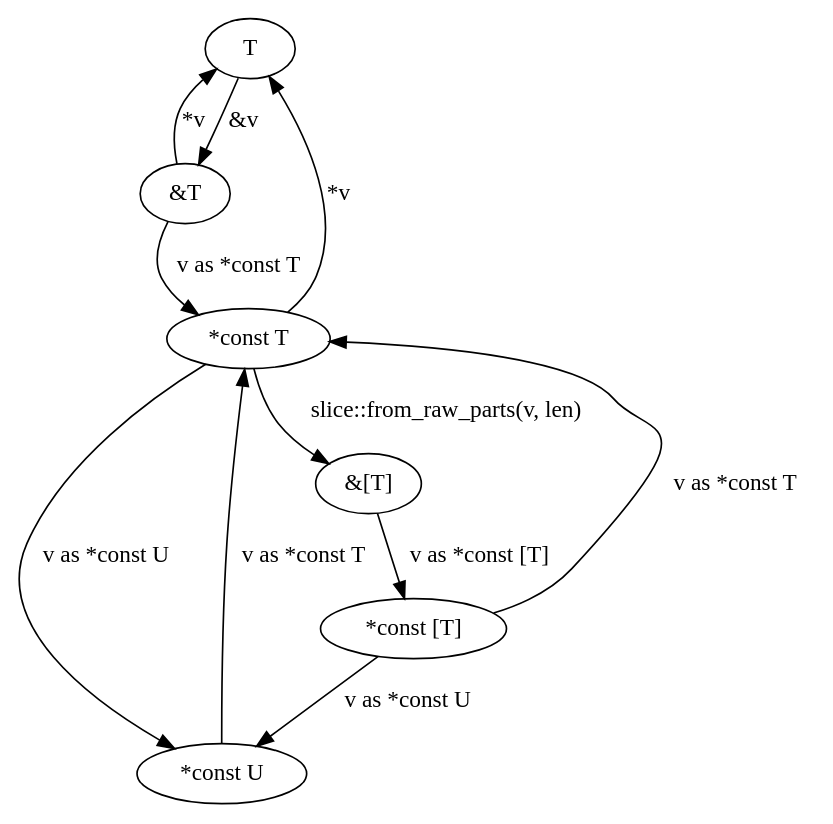
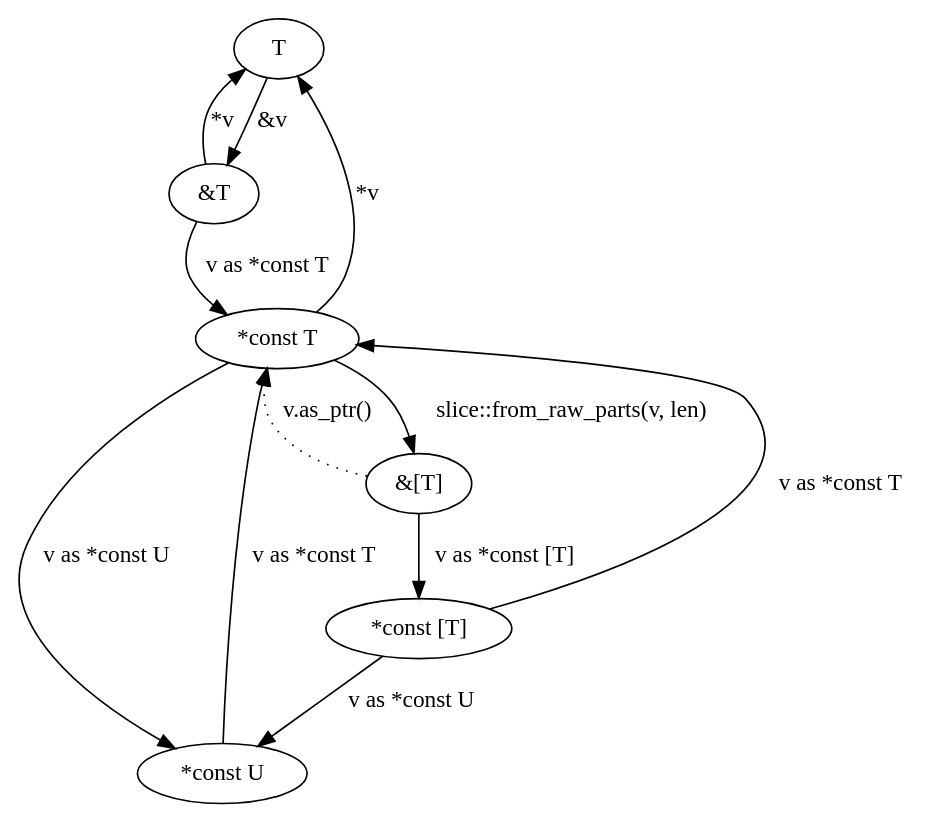
Before and after one commit to RioKato/unsafe-rust: the diagram in cast.gv, drawn with Graphviz. The commit also changed 4 other files, not shown here.

```diff
--- a/cast.gv
+++ b/cast.gv
@@ -1,15 +1,16 @@
-
 digraph {
   "T" -> "&T" [label="&v"]
   "&T" -> "*const T" [label="v as *const T"]
   "&T" -> "T" [label="*v"]
   "*const T" -> "T" [label="*v"]
 
   "*const T" -> "*const U" [label="v as *const U"]
   "*const U" -> "*const T" [label="v as *const T"]
 
   "*const T" -> "&[T]" [label="slice::from_raw_parts(v, len)"]
   "&[T]" -> "*const [T]" [label="v as *const [T]"]
   "*const [T]" -> "*const T" [label="v as *const T"]
   "*const [T]" -> "*const U" [label="v as *const U"]
+
+  "&[T]" -> "*const T" [label="v.as_ptr()", style="dotted"]
 }
```
